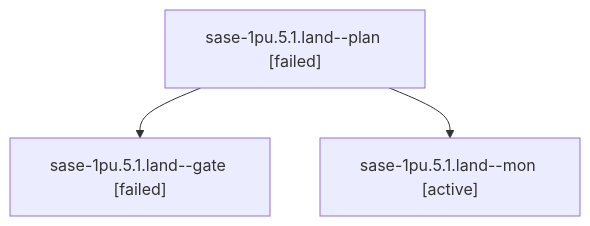
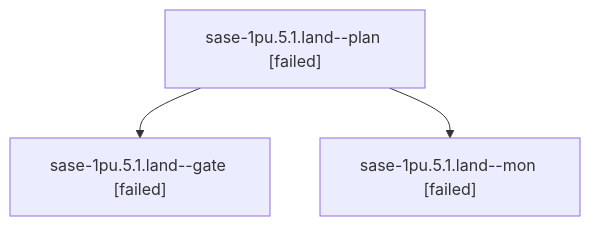
One commit to sase-org/sase--agents changed the diagram in sessions/bbugyi200.athena.sase-1pu.5.1.land.md. Above: the diagram before and after it, drawn with Mermaid. The commit also changed other lines of this file and 75 other files, not shown here.

````diff
--- a/sessions/bbugyi200.athena.sase-1pu.5.1.land.md
+++ b/sessions/bbugyi200.athena.sase-1pu.5.1.land.md
@@ -9,8 +9,8 @@
 ```mermaid
 flowchart TD
   n0["sase-1pu.5.1.land--plan [failed]"]
   n1["sase-1pu.5.1.land--gate [failed]"]
   n0 --> n1
-  n2["sase-1pu.5.1.land--mon [active]"]
+  n2["sase-1pu.5.1.land--mon [failed]"]
   n0 --> n2
 ```
````
